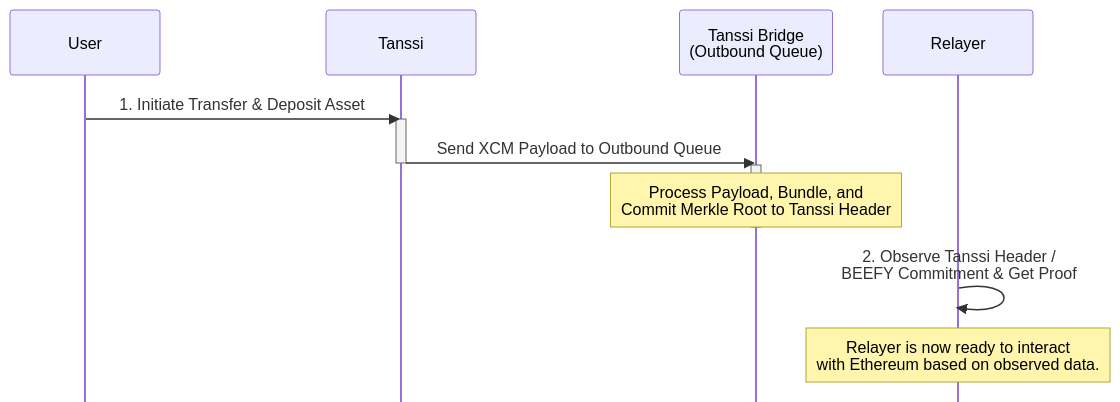
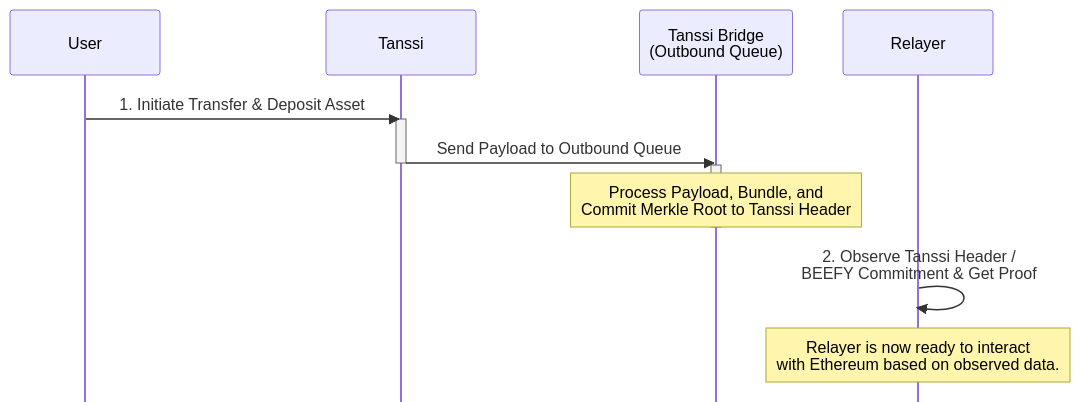
One commit to moondance-labs/tanssi-docs changed the sixth of 7 diagrams in learn/tanssi/tanssi-ethereum-bridge.md. Above: the diagram before and after it, drawn with Mermaid. The commit also changed other lines of this file, not shown here.

Commit message:
chore: remove XCM

````diff
--- a/learn/tanssi/tanssi-ethereum-bridge.md
+++ b/learn/tanssi/tanssi-ethereum-bridge.md
@@ -204,20 +204,20 @@
 ```mermaid
 sequenceDiagram
     %%{init: {'sequence': {'mirrorActors': false}}}%%
     participant User
     participant TAH as Tanssi
     participant TBP as Tanssi Bridge<br/> (Outbound Queue)
     participant Relayer
 
     User->>TAH: 1. Initiate Transfer & Deposit Asset
     activate TAH
-    TAH->>TBP: Send XCM Payload to Outbound Queue
+    TAH->>TBP: Send Payload to Outbound Queue
     deactivate TAH
 
     activate TBP
     Note over TBP: Process Payload, Bundle, and<br/>Commit Merkle Root to Tanssi Header
     deactivate TBP
 
     Relayer->>Relayer: 2. Observe Tanssi Header /<br/>BEEFY Commitment & Get Proof
     Note over Relayer: Relayer is now ready to interact<br/>with Ethereum based on observed data.
 ```
````
